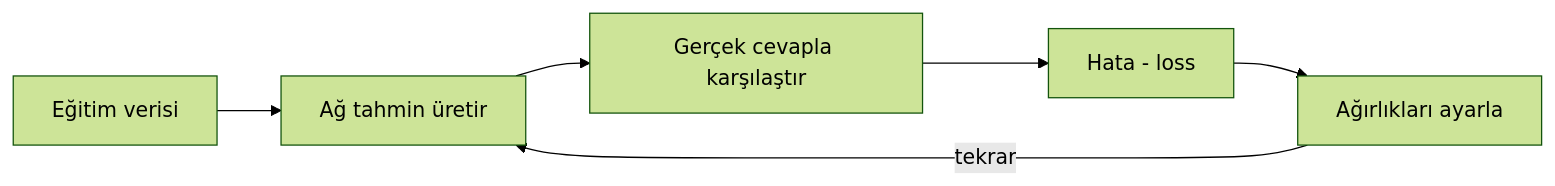
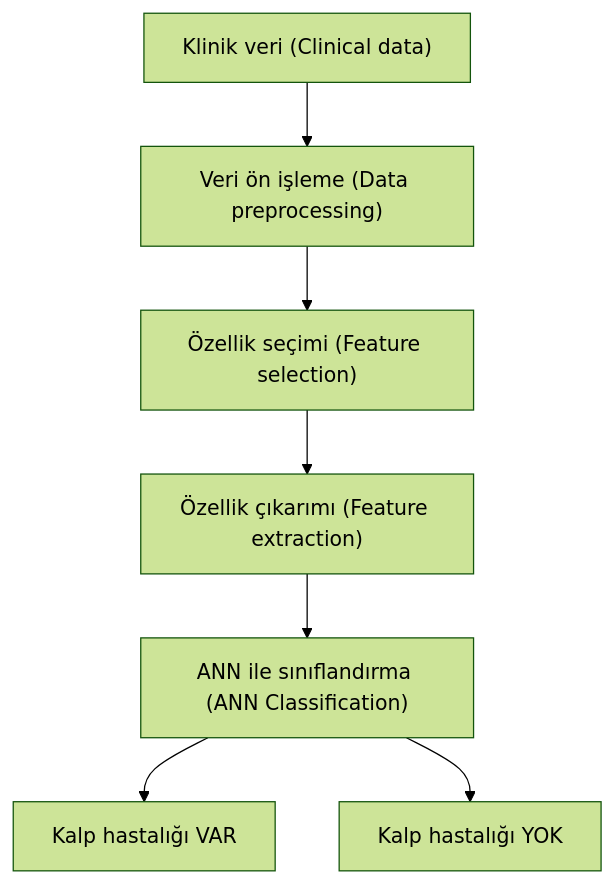
One commit to sudekaygisiz/btk-derin-ogrenmeye-giris changed the diagram in Yöntemler/Yapay Sinir Ağları (ANN).md. Above: the diagram before and after it, drawn with Mermaid (forest theme). The commit also changed other lines of this file, not shown here.

Commit message:
Update Yapay Sinir Ağları (ANN).md

````diff
--- a/Yöntemler/Yapay Sinir Ağları (ANN).md
+++ b/Yöntemler/Yapay Sinir Ağları (ANN).md
@@ -25,8 +80,9 @@
 ```mermaid
-graph LR
-    A[Eğitim verisi] --> B[Ağ tahmin üretir]
-    B --> C[Gerçek cevapla karşılaştır]
-    C --> D[Hata - loss]
-    D --> E[Ağırlıkları ayarla]
-    E -->|tekrar| B
+graph TD
+    A["Klinik veri (Clinical data)"] --> B["Veri ön işleme (Data preprocessing)"]
+    B --> C["Özellik seçimi (Feature selection)"]
+    C --> D["Özellik çıkarımı (Feature extraction)"]
+    D --> E["ANN ile sınıflandırma (ANN Classification)"]
+    E --> F[Kalp hastalığı VAR]
+    E --> G[Kalp hastalığı YOK]
 ```
````
